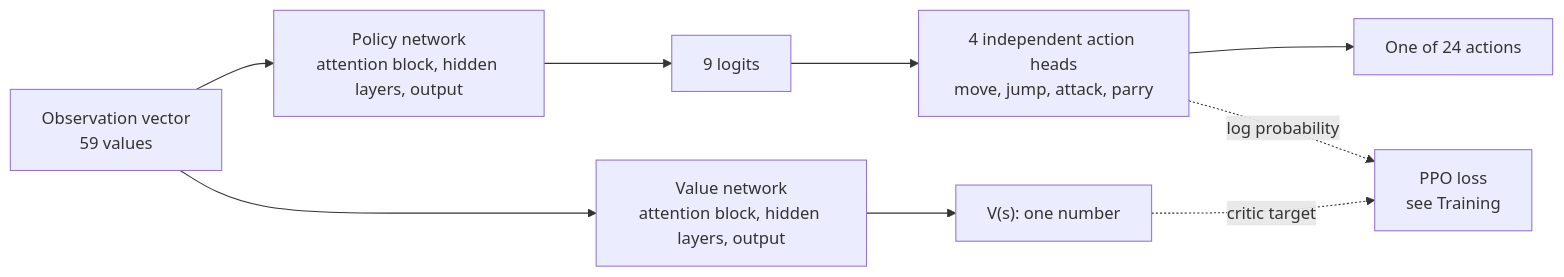
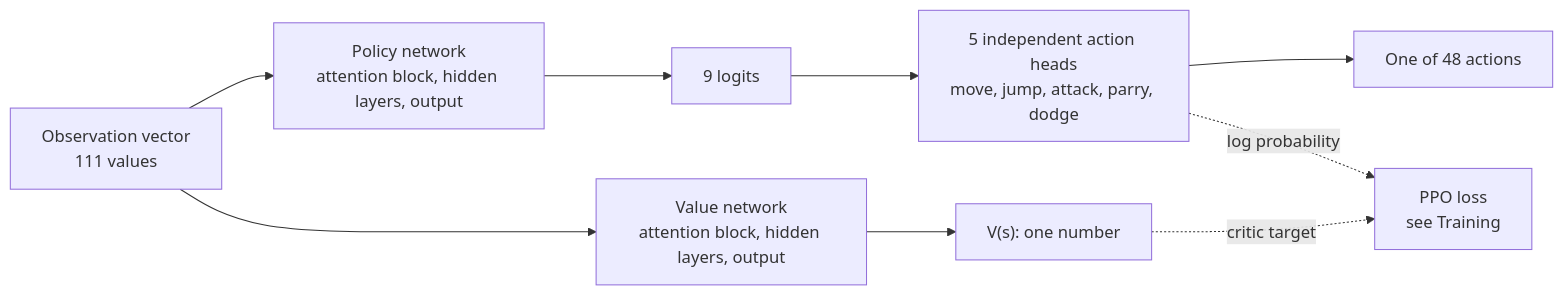
The first of 5 diagrams in docs/network.md (Martin-Jin/arena-rl), drawn with Mermaid before and after one commit. The commit also changed other lines of this file and 56 other files, not shown here.

````diff
--- a/docs/network.md
+++ b/docs/network.md
@@ -22,11 +22,11 @@
 ```mermaid
 flowchart LR
-    OBS["Observation vector<br/>59 values"] --> PN["Policy network<br/>attention block, hidden layers, output"]
+    OBS["Observation vector<br/>111 values"] --> PN["Policy network<br/>attention block, hidden layers, output"]
     OBS --> VN["Value network<br/>attention block, hidden layers, output"]
     PN --> LOGITS["9 logits"]
-    LOGITS --> DIST["4 independent action heads<br/>move, jump, attack, parry"]
-    DIST --> ACT["One of 24 actions"]
+    LOGITS --> DIST["5 independent action heads<br/>move, jump, attack, parry, dodge"]
+    DIST --> ACT["One of 48 actions"]
     VN --> VAL["V(s): one number"]
     VAL -. "critic target" .-> LOSS["PPO loss<br/>see Training"]
     DIST -. "log probability" .-> LOSS
 ```
````
